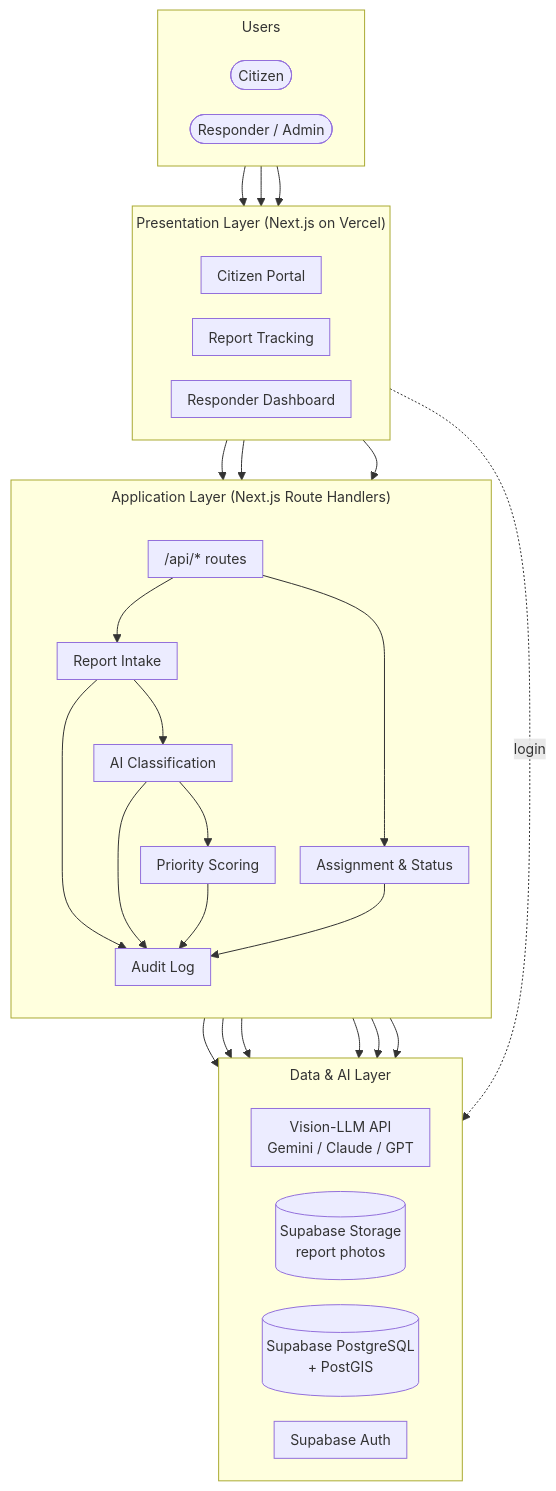
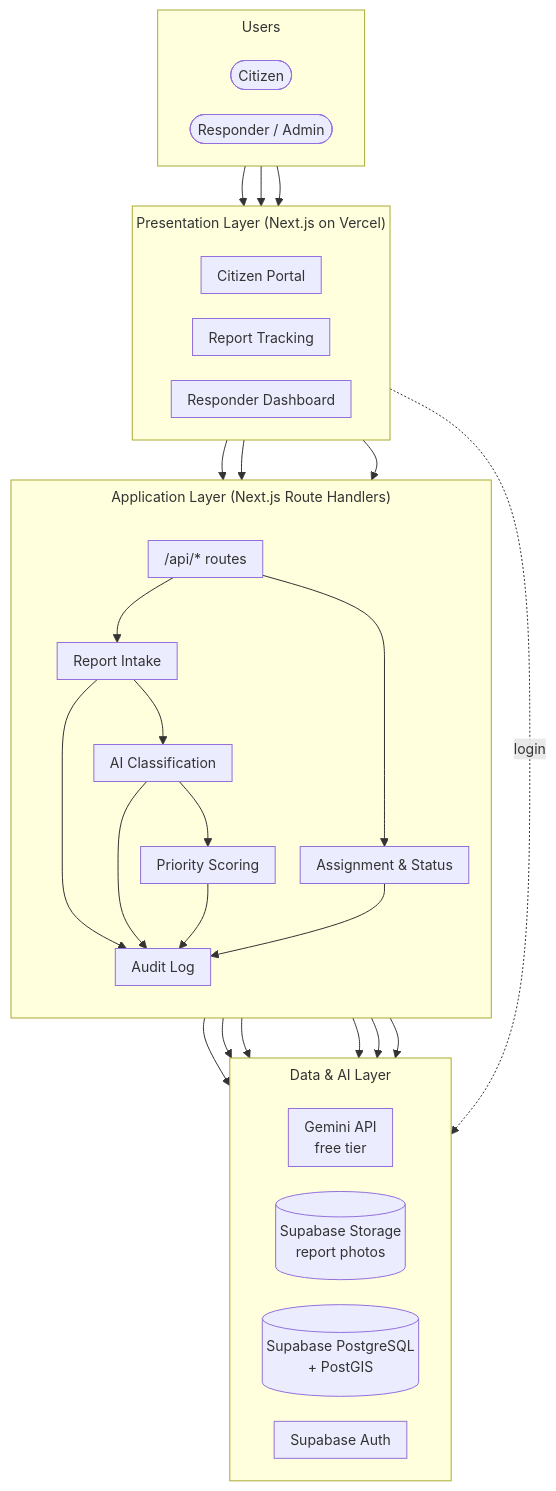
The third of 8 diagrams in docs/DOCUMENTATION.md (helidastar/SAGIP-AI), drawn with Mermaid before and after one commit. The commit also changed other lines of this file and 7 other files, not shown here.

````diff
--- a/docs/DOCUMENTATION.md
+++ b/docs/DOCUMENTATION.md
@@ -265,49 +279,49 @@
 ```mermaid
 %%{init: {"flowchart": {"nodeSpacing": 25, "rankSpacing": 40, "padding": 8, "subGraphTitleMargin": {"top": 6, "bottom": 22}}, "themeVariables": {"fontSize": "14px"}}}%%
 flowchart TB
     subgraph Users
         direction LR
         C([Citizen])
         R([Responder / Admin])
     end
 
     subgraph Presentation["Presentation Layer (Next.js on Vercel)"]
         direction LR
         CP[Citizen Portal]
         RT[Report Tracking]
         RD[Responder Dashboard]
     end
 
     subgraph Application["Application Layer (Next.js Route Handlers)"]
         direction TB
         API["/api/* routes"]
         IN[Report Intake]
         AS[Assignment & Status]
         AI[AI Classification]
         PS[Priority Scoring]
         AU[Audit Log]
     end
 
     subgraph Data["Data & AI Layer"]
         direction LR
-        LLM["Vision-LLM API<br/>Gemini / Claude / GPT"]
+        LLM["Gemini API<br/>free tier"]
         ST[("Supabase Storage<br/>report photos")]
         DB[("Supabase PostgreSQL<br/>+ PostGIS")]
         SA[Supabase Auth]
     end
 
     C --> CP & RT
     R --> RD
     CP & RT & RD --> API
     RD -. login .-> SA
     API --> IN & AS
     IN --> ST
     IN --> DB
     IN --> AI
     AI --> LLM
     AI --> PS
     PS --> DB
     AS --> DB
     IN & AI & PS & AS --> AU
     AU --> DB
 ```
````
